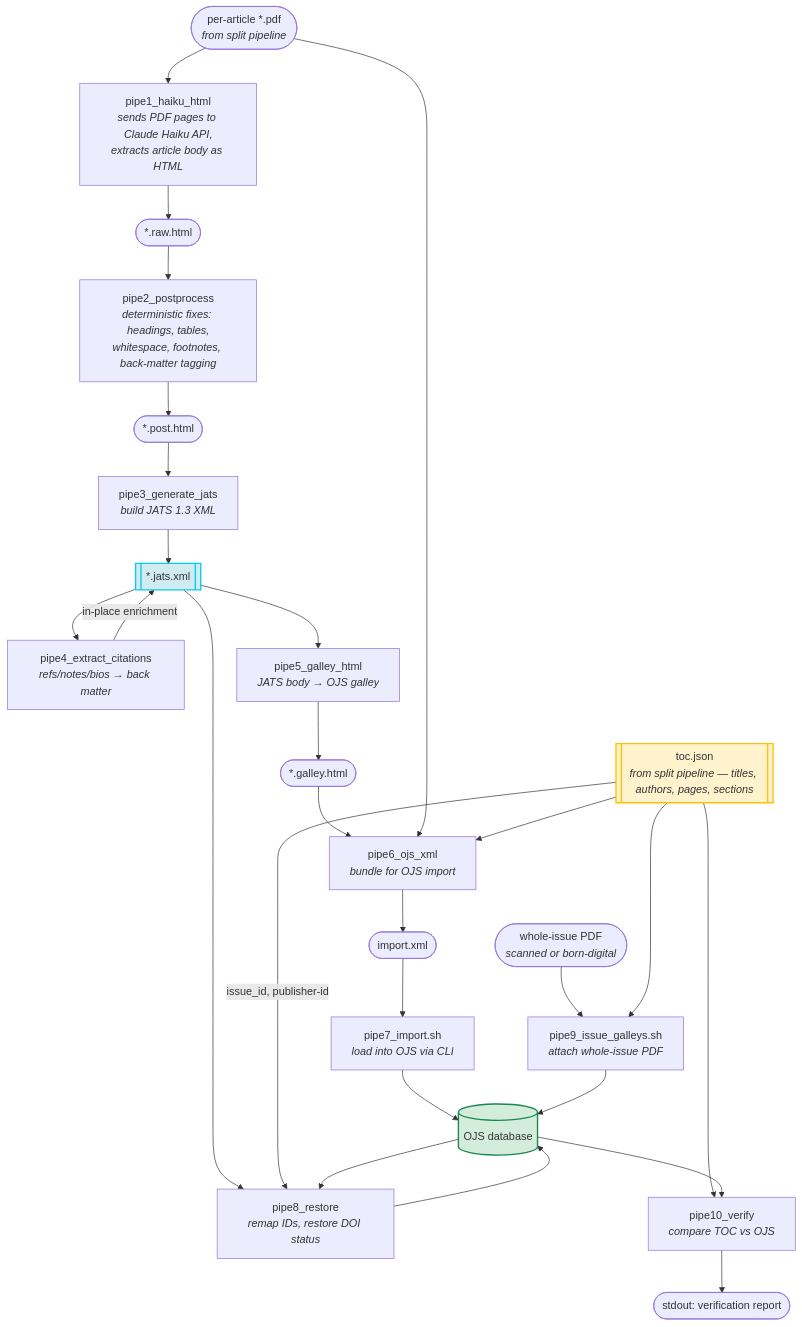
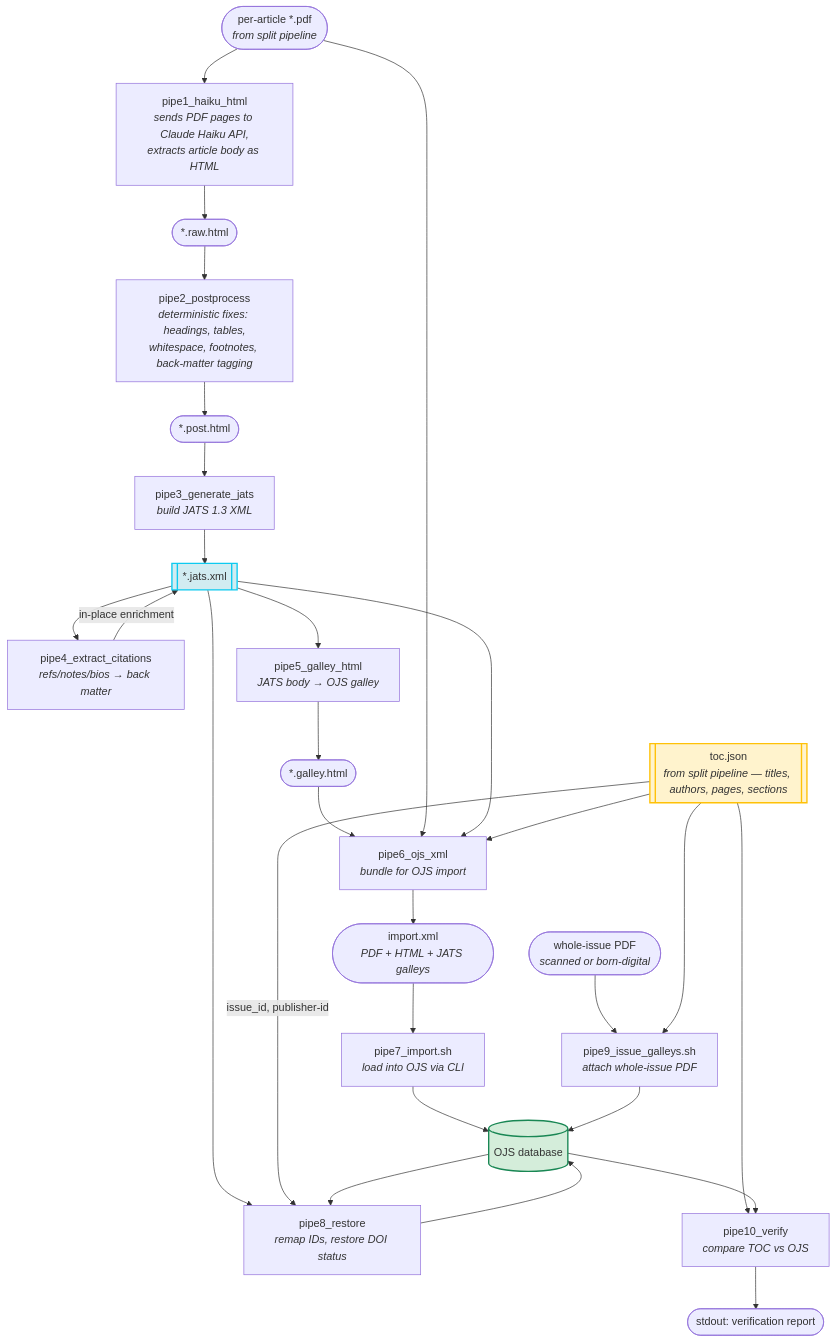
The second of 2 diagrams in backfill/README.md (Pharkie/pharkie-ojs-plugins), drawn with Mermaid before and after one commit. The commit also changed other lines of this file and 4 other files, not shown here.

First line of the commit message:
Add JATS XML as third galley alongside PDF and HTML

````diff
--- a/backfill/README.md
+++ b/backfill/README.md
@@ -42,49 +42,50 @@
 ```mermaid
 flowchart TD
     pdf([per-article *.pdf\n<i>from split pipeline</i>])
     src_pdf([whole-issue PDF\n<i>scanned or born-digital</i>])
 
     pdf --> pipe1["pipe1_haiku_html\n<i>sends PDF pages to Claude Haiku API,\nextracts article body as HTML</i>"]
     pipe1 --> raw([*.raw.html])
 
     raw --> pipe2["pipe2_postprocess\n<i>deterministic fixes: headings, tables,\nwhitespace, footnotes, back-matter tagging</i>"]
     pipe2 --> post([*.post.html])
 
     post --> pipe3["pipe3_generate_jats\n<i>build JATS 1.3 XML</i>"]
     pipe3 --> jats
 
     jats --> pipe4["pipe4_extract_citations\n<i>refs/notes/bios → back matter</i>"]
     pipe4 -- "in-place enrichment" --> jats
 
     jats --> pipe5["pipe5_galley_html\n<i>JATS body → OJS galley</i>"]
     pipe5 --> galley([*.galley.html])
 
     galley --> pipe6["pipe6_ojs_xml\n<i>bundle for OJS import</i>"]
     pdf --> pipe6
+    jats --> pipe6
     toc --> pipe6
-    pipe6 --> import_xml([import.xml])
+    pipe6 --> import_xml([import.xml\n<i>PDF + HTML + JATS galleys</i>])
 
     import_xml --> pipe7["pipe7_import.sh\n<i>load into OJS via CLI</i>"]
     pipe7 --> db
 
     jats --> pipe8["pipe8_restore\n<i>remap IDs, restore DOI status</i>"]
     toc -- "issue_id, publisher-id" --> pipe8
     db --> pipe8
     pipe8 --> db
 
     src_pdf --> pipe9["pipe9_issue_galleys.sh\n<i>attach whole-issue PDF</i>"]
     toc --> pipe9
     pipe9 --> db
 
     toc --> pipe10["pipe10_verify\n<i>compare TOC vs OJS</i>"]
     db --> pipe10
     pipe10 --> stdout([stdout: verification report])
 
     toc[["toc.json\n<i>from split pipeline — titles, authors, pages, sections</i>"]]
     jats[[*.jats.xml]]
     db[(OJS database)]
 
     style toc fill:#fff3cd,stroke:#ffc107,stroke-width:2px
     style jats fill:#d1ecf1,stroke:#0dcaf0,stroke-width:2px
     style db fill:#d4edda,stroke:#198754,stroke-width:2px
 ```
````
